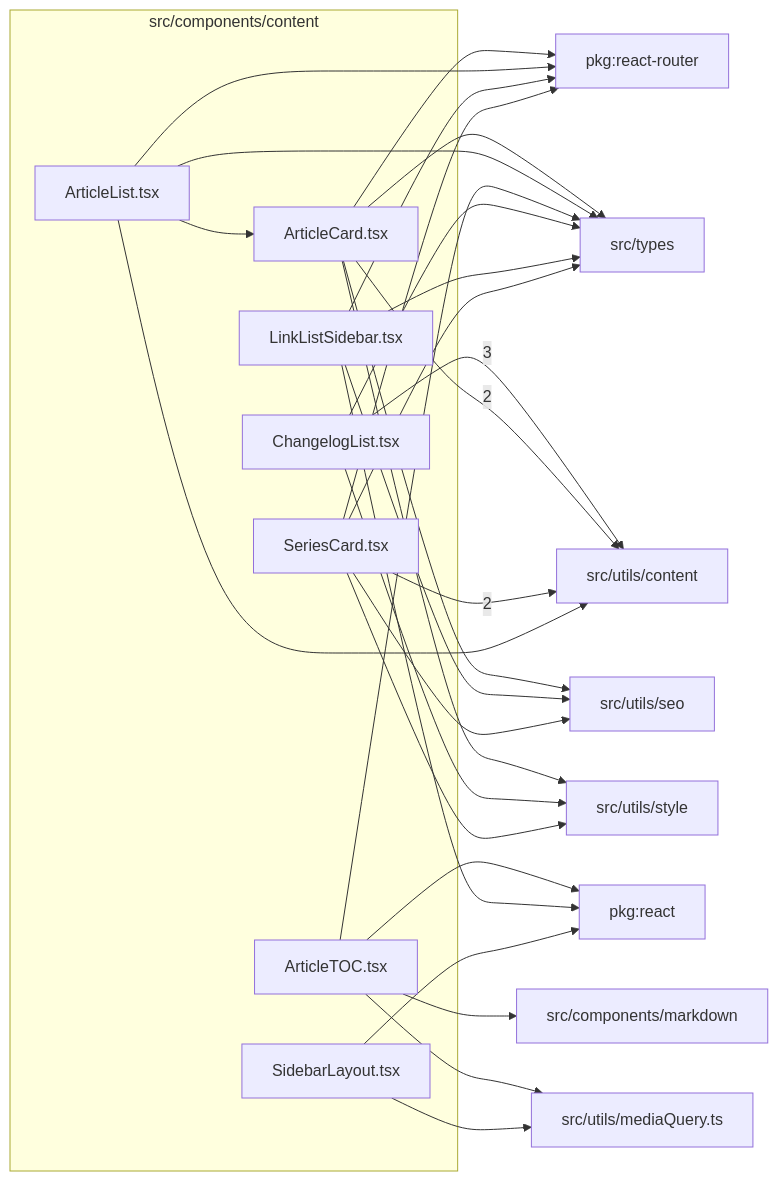
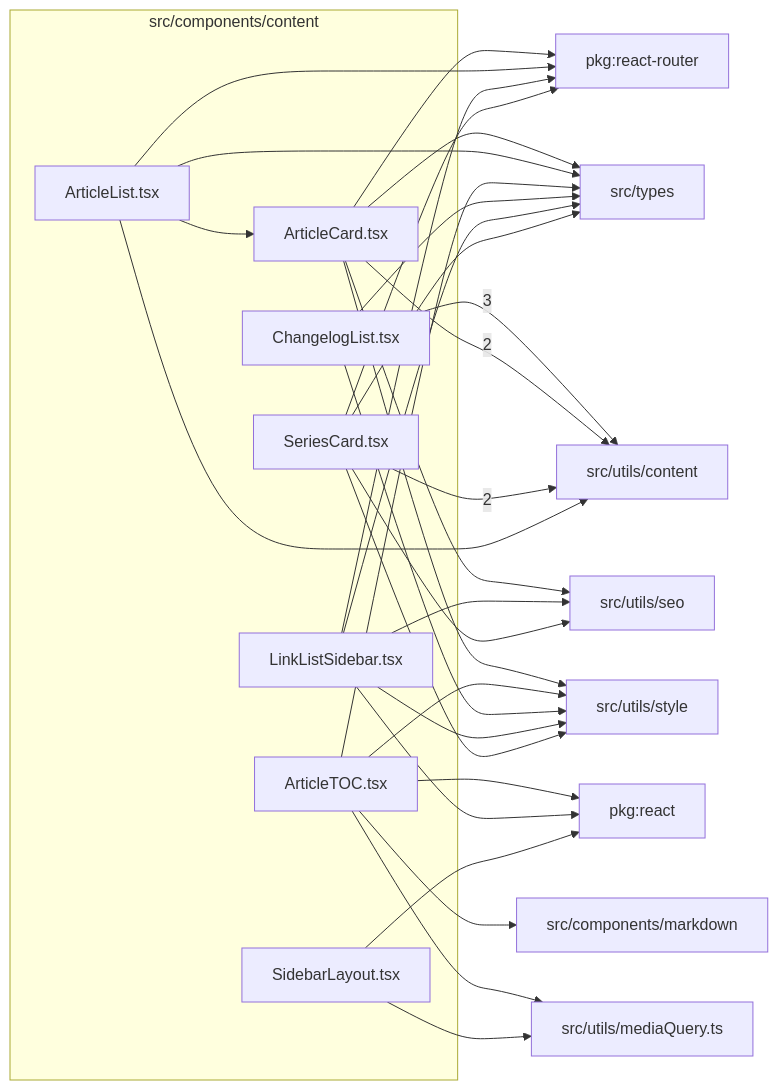
The diagram in src/components/content/readme.md (ronbuening/LensVisualizer), drawn with Mermaid before and after one commit. The commit also changed other lines of this file and 10 other files, not shown here.

````diff
--- a/src/components/content/readme.md
+++ b/src/components/content/readme.md
@@ -9,47 +9,49 @@
 ```mermaid
 flowchart LR
   subgraph n_src_components_content["src/components/content"]
     n_src_components_content_src_components_content_ArticleCard_tsx["ArticleCard.tsx"]
     n_src_components_content_src_components_content_ArticleList_tsx["ArticleList.tsx"]
     n_src_components_content_src_components_content_ArticleTOC_tsx["ArticleTOC.tsx"]
     n_src_components_content_src_components_content_ChangelogList_tsx["ChangelogList.tsx"]
     n_src_components_content_src_components_content_LinkListSidebar_tsx["LinkListSidebar.tsx"]
     n_src_components_content_src_components_content_SeriesCard_tsx["SeriesCard.tsx"]
     n_src_components_content_src_components_content_SidebarLayout_tsx["SidebarLayout.tsx"]
   end
   n_external_src_utils_content["src/utils/content"]
   n_external_pkg_react["pkg:react"]
   n_external_pkg_react_router["pkg:react-router"]
   n_external_src_components_markdown["src/components/markdown"]
   n_external_src_types["src/types"]
   n_external_src_utils_mediaQuery_ts["src/utils/mediaQuery.ts"]
   n_external_src_utils_seo["src/utils/seo"]
   n_external_src_utils_style["src/utils/style"]
   n_src_components_content_src_components_content_ChangelogList_tsx --> |3| n_external_src_utils_content
   n_src_components_content_src_components_content_ArticleCard_tsx --> |2| n_external_src_utils_content
   n_src_components_content_src_components_content_SeriesCard_tsx --> |2| n_external_src_utils_content
   n_src_components_content_src_components_content_ArticleTOC_tsx --> n_external_pkg_react
   n_src_components_content_src_components_content_LinkListSidebar_tsx --> n_external_pkg_react
   n_src_components_content_src_components_content_SidebarLayout_tsx --> n_external_pkg_react
   n_src_components_content_src_components_content_ArticleCard_tsx --> n_external_pkg_react_router
   n_src_components_content_src_components_content_ArticleList_tsx --> n_external_pkg_react_router
   n_src_components_content_src_components_content_LinkListSidebar_tsx --> n_external_pkg_react_router
   n_src_components_content_src_components_content_SeriesCard_tsx --> n_external_pkg_react_router
   n_src_components_content_src_components_content_ArticleTOC_tsx --> n_external_src_components_markdown
   n_src_components_content_src_components_content_ArticleCard_tsx --> n_external_src_types
   n_src_components_content_src_components_content_ArticleList_tsx --> n_external_src_types
   n_src_components_content_src_components_content_ArticleTOC_tsx --> n_external_src_types
   n_src_components_content_src_components_content_ChangelogList_tsx --> n_external_src_types
   n_src_components_content_src_components_content_LinkListSidebar_tsx --> n_external_src_types
   n_src_components_content_src_components_content_SeriesCard_tsx --> n_external_src_types
   n_src_components_content_src_components_content_ArticleList_tsx --> n_external_src_utils_content
   n_src_components_content_src_components_content_ArticleTOC_tsx --> n_external_src_utils_mediaQuery_ts
   n_src_components_content_src_components_content_SidebarLayout_tsx --> n_external_src_utils_mediaQuery_ts
   n_src_components_content_src_components_content_ArticleCard_tsx --> n_external_src_utils_seo
   n_src_components_content_src_components_content_LinkListSidebar_tsx --> n_external_src_utils_seo
   n_src_components_content_src_components_content_SeriesCard_tsx --> n_external_src_utils_seo
   n_src_components_content_src_components_content_ArticleCard_tsx --> n_external_src_utils_style
+  n_src_components_content_src_components_content_ArticleTOC_tsx --> n_external_src_utils_style
   n_src_components_content_src_components_content_ChangelogList_tsx --> n_external_src_utils_style
+  n_src_components_content_src_components_content_LinkListSidebar_tsx --> n_external_src_utils_style
   n_src_components_content_src_components_content_SeriesCard_tsx --> n_external_src_utils_style
   n_src_components_content_src_components_content_ArticleList_tsx --> n_src_components_content_src_components_content_ArticleCard_tsx
 ```
````
